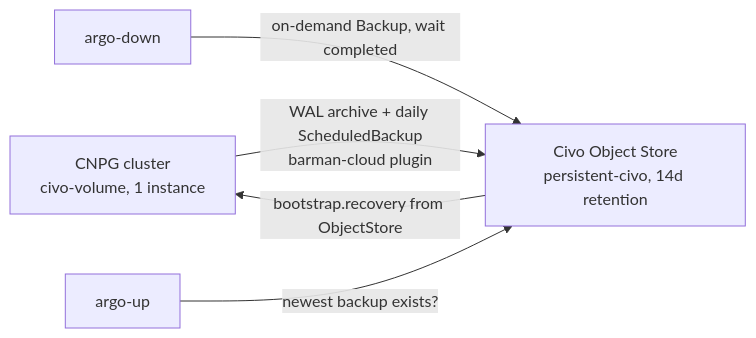
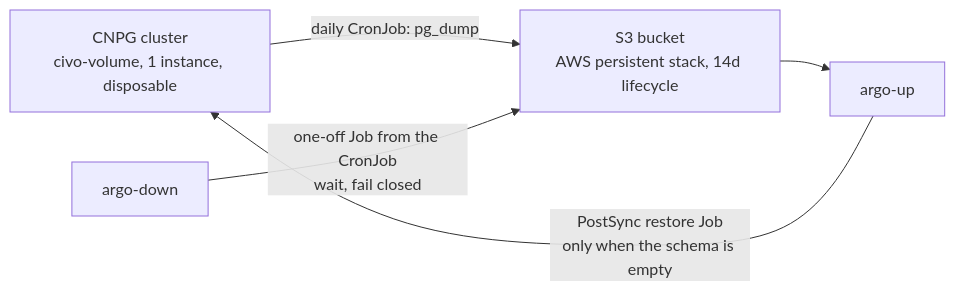
The third of 3 diagrams in docs/civo-high-level-design.md (savak1990/vk-lab-platform), drawn with Mermaid before and after one commit. The commit also changed other lines of this file and 11 other files, not shown here.

````diff
--- a/docs/civo-high-level-design.md
+++ b/docs/civo-high-level-design.md
@@ -90,7 +90,7 @@
 ```mermaid
 flowchart LR
-  PG[CNPG cluster<br/>civo-volume, 1 instance] -->|WAL archive + daily ScheduledBackup<br/>barman-cloud plugin| OS[Civo Object Store<br/>persistent-civo, 14d retention]
-  AD[argo-down] -->|on-demand Backup, wait completed| OS
-  AU[argo-up] -->|newest backup exists?| OS
-  OS -->|bootstrap.recovery from ObjectStore| PG
+  PG[CNPG cluster<br/>civo-volume, 1 instance, disposable] -->|daily CronJob: pg_dump| S3[S3 bucket<br/>AWS persistent stack, 14d lifecycle]
+  AD[argo-down] -->|one-off Job from the CronJob<br/>wait, fail closed| S3
+  AU[argo-up] -->|PostSync restore Job<br/>only when the schema is empty| PG
+  S3 --> AU
 ```
````
